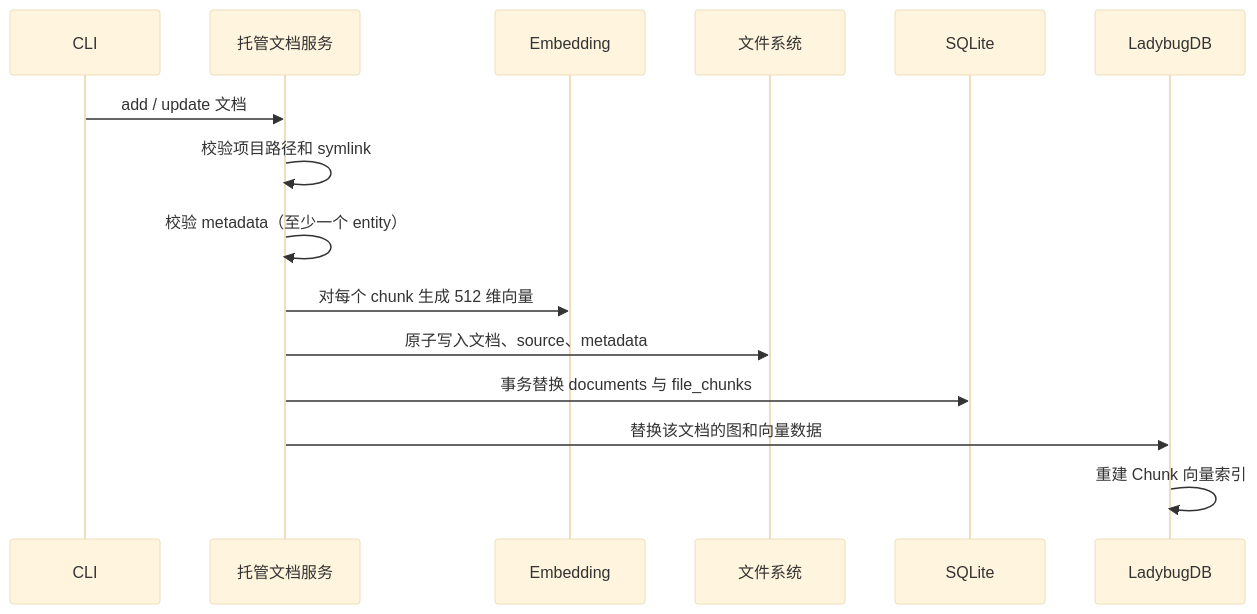
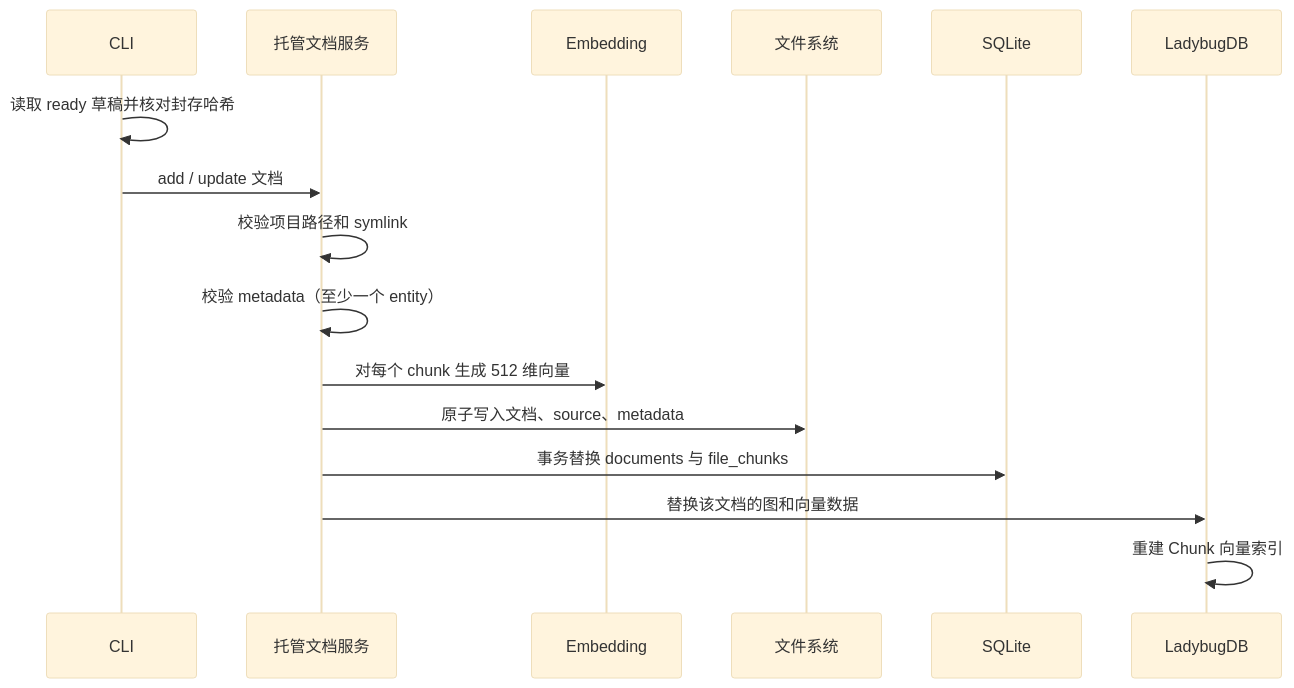
Before and after one commit to guilianerde/docnexus: the third of 4 diagrams in docs/architecture/overview.zh-CN.md, drawn with Mermaid (base theme). The commit also changed other lines of this file and 44 other files, not shown here.

````diff
--- a/docs/architecture/overview.zh-CN.md
+++ b/docs/architecture/overview.zh-CN.md
@@ -139,18 +142,19 @@
 ```mermaid
 sequenceDiagram
     participant C as CLI
     participant M as 托管文档服务
     participant E as Embedding
     participant F as 文件系统
     participant S as SQLite
     participant L as LadybugDB
 
+    C->>C: 读取 ready 草稿并核对封存哈希
     C->>M: add / update 文档
     M->>M: 校验项目路径和 symlink
     M->>M: 校验 metadata（至少一个 entity）
     M->>E: 对每个 chunk 生成 512 维向量
     M->>F: 原子写入文档、source、metadata
     M->>S: 事务替换 documents 与 file_chunks
     M->>L: 替换该文档的图和向量数据
     L->>L: 重建 Chunk 向量索引
 ```
````
